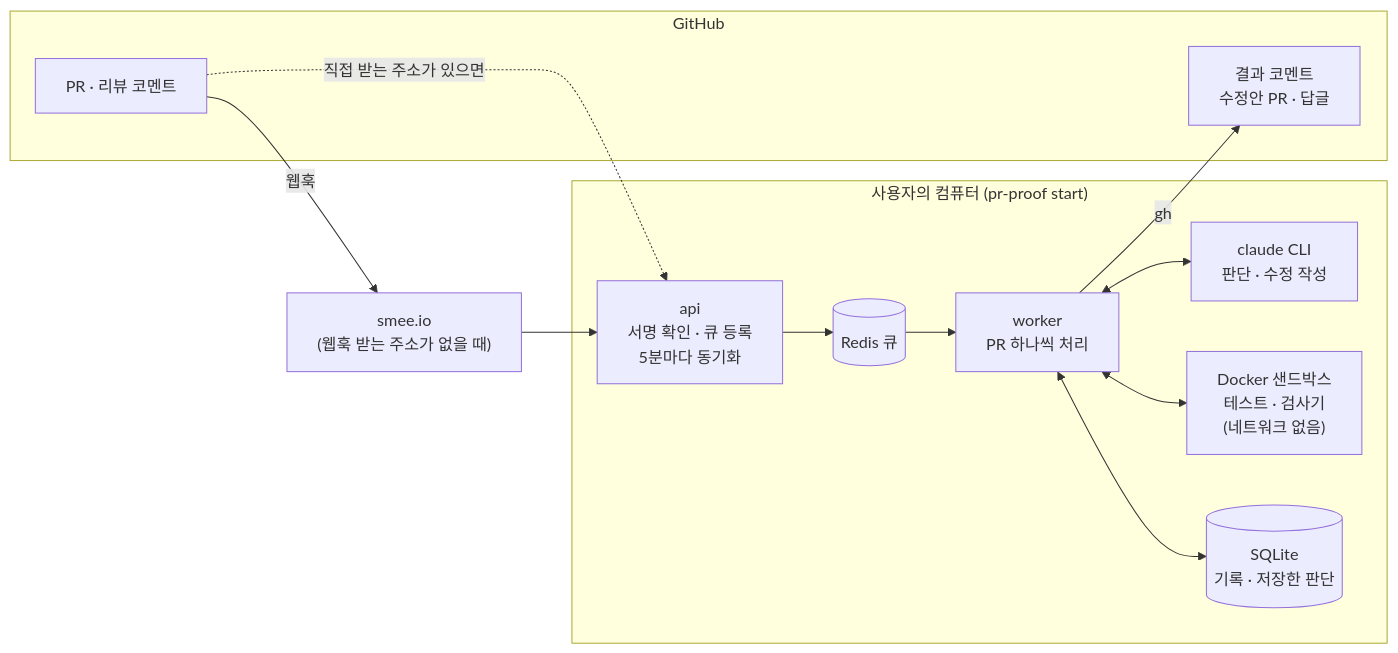
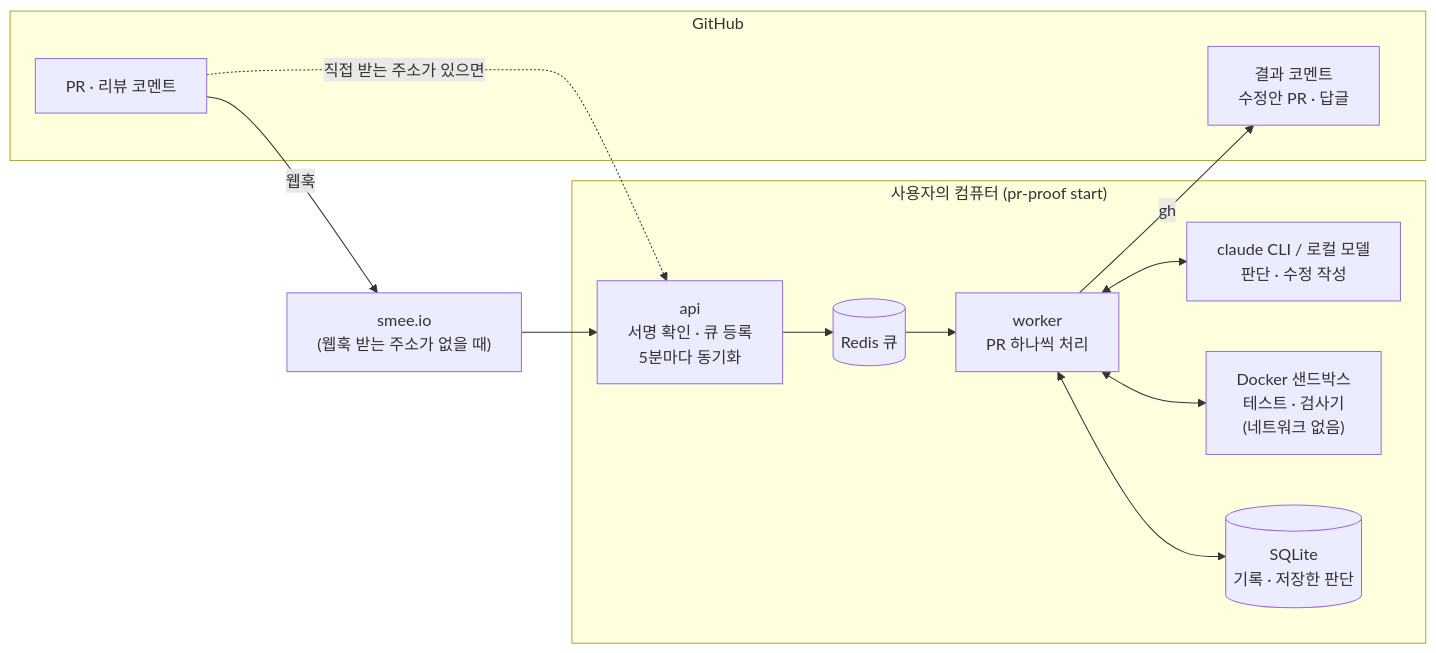
The first of 2 diagrams in README.md (Eunryong/pr-proof), drawn with Mermaid before and after one commit. The commit also changed other lines of this file, not shown here.

````diff
--- a/README.md
+++ b/README.md
@@ -424,26 +407,26 @@
 ```mermaid
 flowchart LR
     subgraph GH["GitHub"]
         PR["PR · 리뷰 코멘트"]
         OUT["결과 코멘트<br/>수정안 PR · 답글"]
     end
 
     SMEE["smee.io<br/>(웹훅 받는 주소가 없을 때)"]
 
     subgraph LOCAL["사용자의 컴퓨터 (pr-proof start)"]
         API["api<br/>서명 확인 · 큐 등록<br/>5분마다 동기화"]
         Q[("Redis 큐")]
         W["worker<br/>PR 하나씩 처리"]
-        M["claude CLI<br/>판단 · 수정 작성"]
+        M["claude CLI / 로컬 모델<br/>판단 · 수정 작성"]
         S["Docker 샌드박스<br/>테스트 · 검사기<br/>(네트워크 없음)"]
         DB[("SQLite<br/>기록 · 저장한 판단")]
     end
 
     PR -- "웹훅" --> SMEE --> API
     PR -. "직접 받는 주소가 있으면" .-> API
     API --> Q --> W
     W <--> M
     W <--> S
     W <--> DB
     W -- "gh" --> OUT
 ```
````
